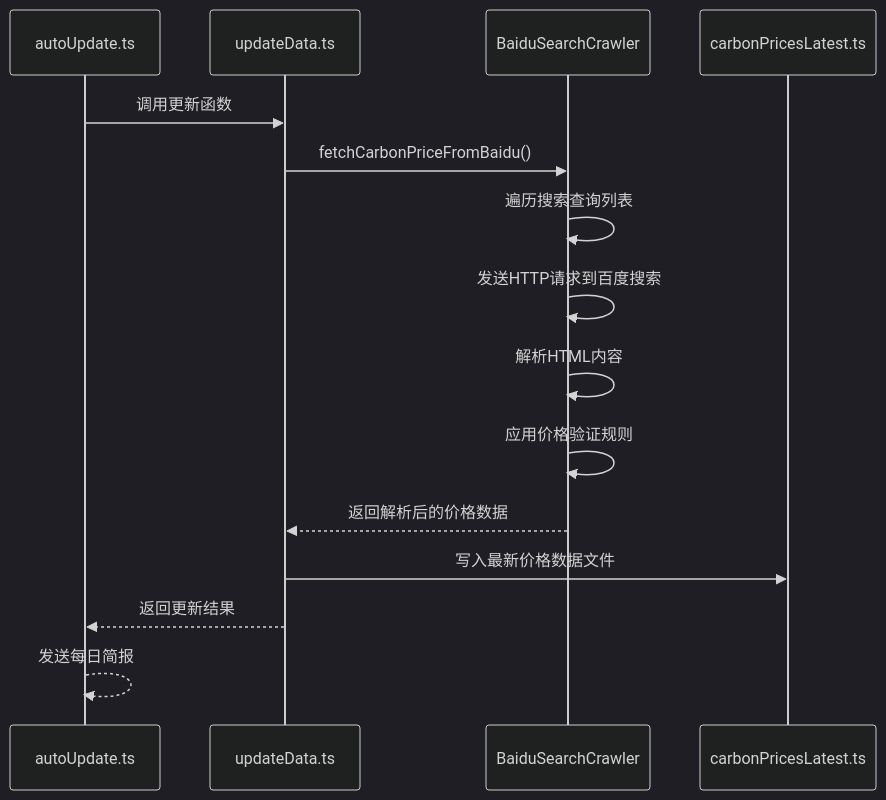
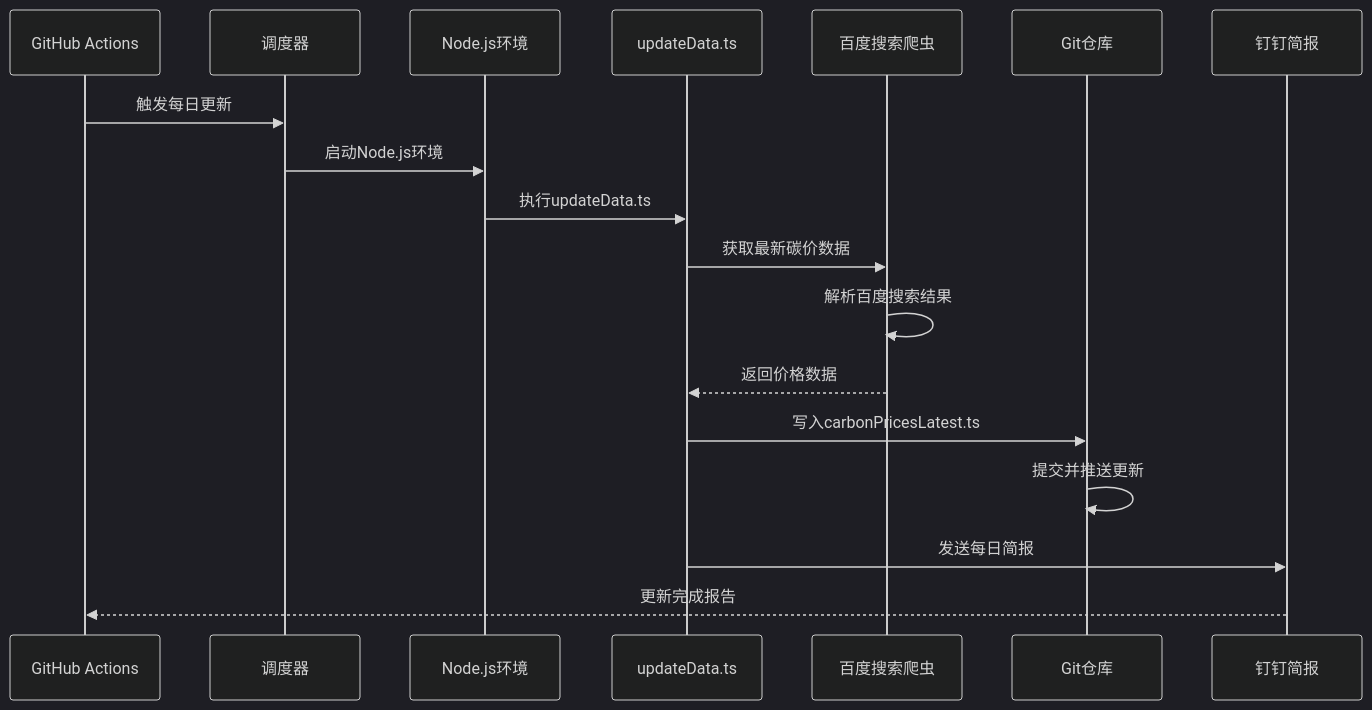
Diagram 14 of 18 in .qoder/repowiki/zh/content/功能模块/碳价格监控模块.md (liangxuanliang-cmd/carbon-info-agent), drawn with Mermaid (dark theme) before and after one commit. The commit also changed other lines of this file and 21 other files, not shown here.

````diff
--- a/.qoder/repowiki/zh/content/功能模块/碳价格监控模块.md
+++ b/.qoder/repowiki/zh/content/功能模块/碳价格监控模块.md
@@ -721,17 +711,20 @@
 ```mermaid
 sequenceDiagram
-participant AutoUpdate as autoUpdate.ts
-participant UpdateData as updateData.ts
-participant BaiduCrawler as BaiduSearchCrawler
-participant CarbonPricesFile as carbonPricesLatest.ts
-AutoUpdate->>UpdateData : 调用更新函数
-UpdateData->>BaiduCrawler : fetchCarbonPriceFromBaidu()
-BaiduCrawler->>BaiduCrawler : 遍历搜索查询列表
-BaiduCrawler->>BaiduCrawler : 发送HTTP请求到百度搜索
-BaiduCrawler->>BaiduCrawler : 解析HTML内容
-BaiduCrawler->>BaiduCrawler : 应用价格验证规则
-BaiduCrawler-->>UpdateData : 返回解析后的价格数据
-UpdateData->>CarbonPricesFile : 写入最新价格数据文件
-UpdateData-->>AutoUpdate : 返回更新结果
-AutoUpdate-->>AutoUpdate : 发送每日简报
+participant GitHub as GitHub Actions
+participant Scheduler as 调度器
+participant NodeJS as Node.js环境
+participant Script as updateData.ts
+participant Crawler as 百度搜索爬虫
+participant Git as Git仓库
+participant Reporter as 钉钉简报
+GitHub->>Scheduler : 触发每日更新
+Scheduler->>NodeJS : 启动Node.js环境
+NodeJS->>Script : 执行updateData.ts
+Script->>Crawler : 获取最新碳价数据
+Crawler->>Crawler : 解析百度搜索结果
+Crawler-->>Script : 返回价格数据
+Script->>Git : 写入carbonPricesLatest.ts
+Git->>Git : 提交并推送更新
+Script->>Reporter : 发送每日简报
+Reporter-->>GitHub : 更新完成报告
 ```
````
